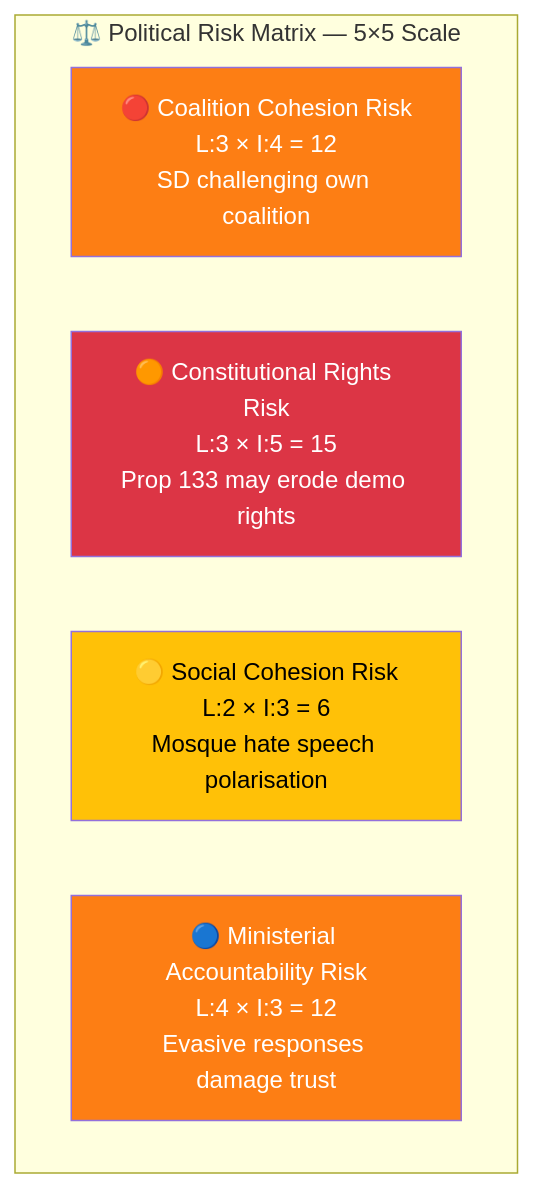
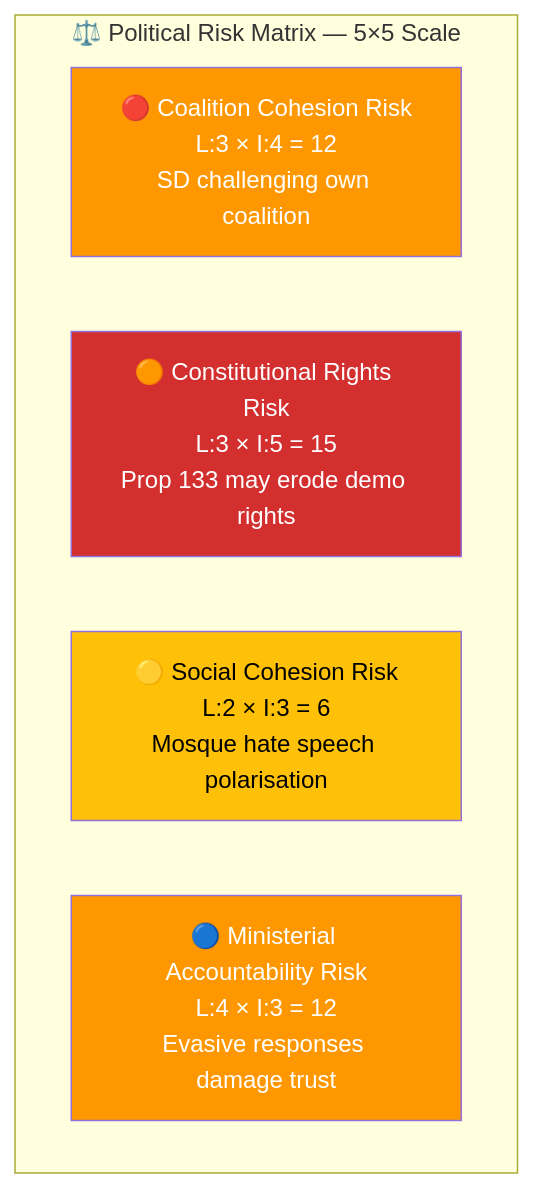
Before and after one commit to Hack23/riksdagsmonitor: the diagram in analysis/daily/2026-04-08/interpellations/risk-assessment.md, drawn with Mermaid. The commit also changed 785 other files, not shown here.

First line of the commit message:
Normalize mermaid colors across 786 analysis artifacts to ISMS Style Guide palette

````diff
--- a/analysis/daily/2026-04-08/interpellations/risk-assessment.md
+++ b/analysis/daily/2026-04-08/interpellations/risk-assessment.md
@@ -15,13 +15,13 @@
 ```mermaid
 graph TD
     subgraph "⚖️ Political Risk Matrix — 5×5 Scale"
         R1["🔴 Coalition Cohesion Risk<br/>L:3 × I:4 = 12<br/>SD challenging own coalition"]
         R2["🟠 Constitutional Rights Risk<br/>L:3 × I:5 = 15<br/>Prop 133 may erode demo rights"]
         R3["🟡 Social Cohesion Risk<br/>L:2 × I:3 = 6<br/>Mosque hate speech polarisation"]
         R4["🔵 Ministerial Accountability Risk<br/>L:4 × I:3 = 12<br/>Evasive responses damage trust"]
     end
-    style R1 fill:#fd7e14,color:#fff
-    style R2 fill:#dc3545,color:#fff
-    style R3 fill:#ffc107,color:#000
-    style R4 fill:#fd7e14,color:#fff
+    style R1 fill:#FF9800,color:#FFFFFF
+    style R2 fill:#D32F2F,color:#FFFFFF
+    style R3 fill:#FFC107,color:#000000
+    style R4 fill:#FF9800,color:#FFFFFF
 ```
````
